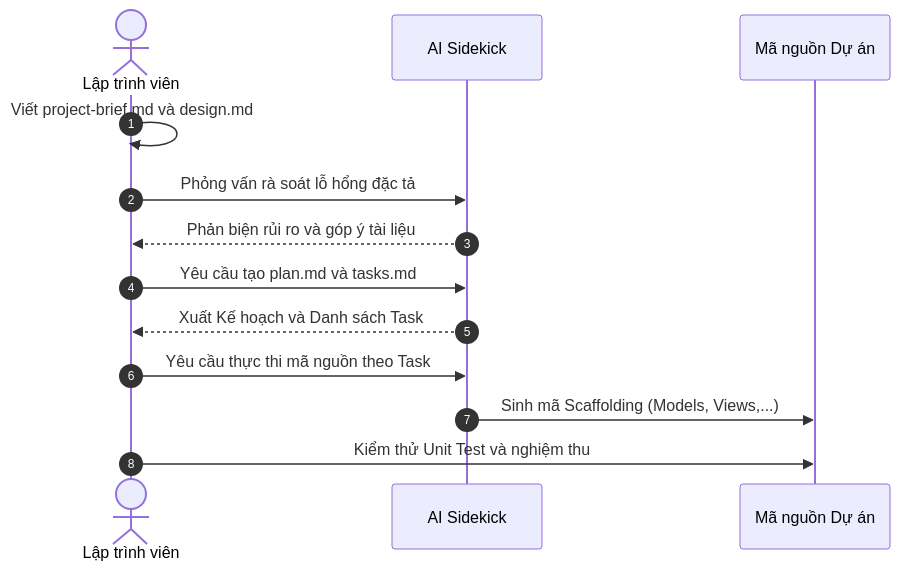
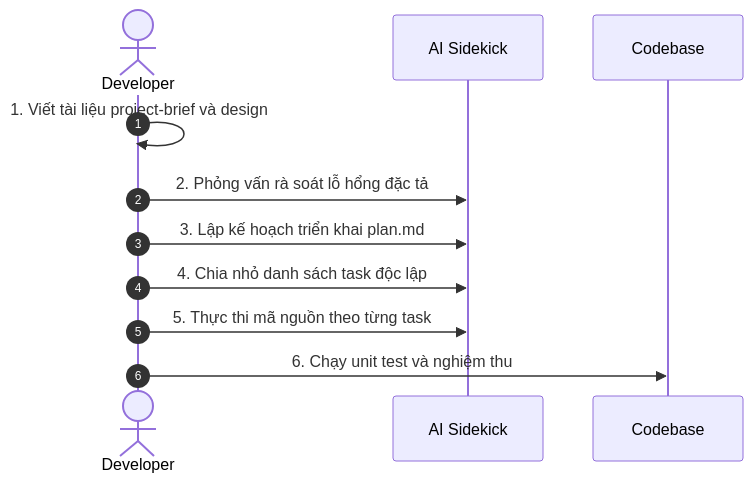
One commit to nguyengoctin/my_website changed the second of 2 diagrams in content/posts/prompts-and-mindset-web-dev-with-ai-sidekick.md. Above: the diagram before and after it, drawn with Mermaid. The commit also changed other lines of this file and 211 other files, not shown here.

````diff
--- a/content/posts/prompts-and-mindset-web-dev-with-ai-sidekick.md
+++ b/content/posts/prompts-and-mindset-web-dev-with-ai-sidekick.md
@@ -134,16 +83,14 @@
 ```mermaid
 sequenceDiagram
     autonumber
-    actor Dev as Lập trình viên
+    actor Dev as Developer
     participant AI as AI Sidekick
-    participant Code as Mã nguồn Dự án
+    participant Code as Codebase
 
-    Dev->>Dev: Viết project-brief.md và design.md
-    Dev->>AI: Phỏng vấn rà soát lỗ hổng đặc tả
-    AI-->>Dev: Phản biện rủi ro và góp ý tài liệu
-    Dev->>AI: Yêu cầu tạo plan.md và tasks.md
-    AI-->>Dev: Xuất Kế hoạch và Danh sách Task
-    Dev->>AI: Yêu cầu thực thi mã nguồn theo Task
-    AI->>Code: Sinh mã Scaffolding (Models, Views,...)
-    Dev->>Code: Kiểm thử Unit Test và nghiệm thu
+    Dev->>Dev: 1. Viết tài liệu project-brief và design
+    Dev->>AI: 2. Phỏng vấn rà soát lỗ hổng đặc tả
+    Dev->>AI: 3. Lập kế hoạch triển khai plan.md
+    Dev->>AI: 4. Chia nhỏ danh sách task độc lập
+    Dev->>AI: 5. Thực thi mã nguồn theo từng task
+    Dev->>Code: 6. Chạy unit test và nghiệm thu
 ```
````
